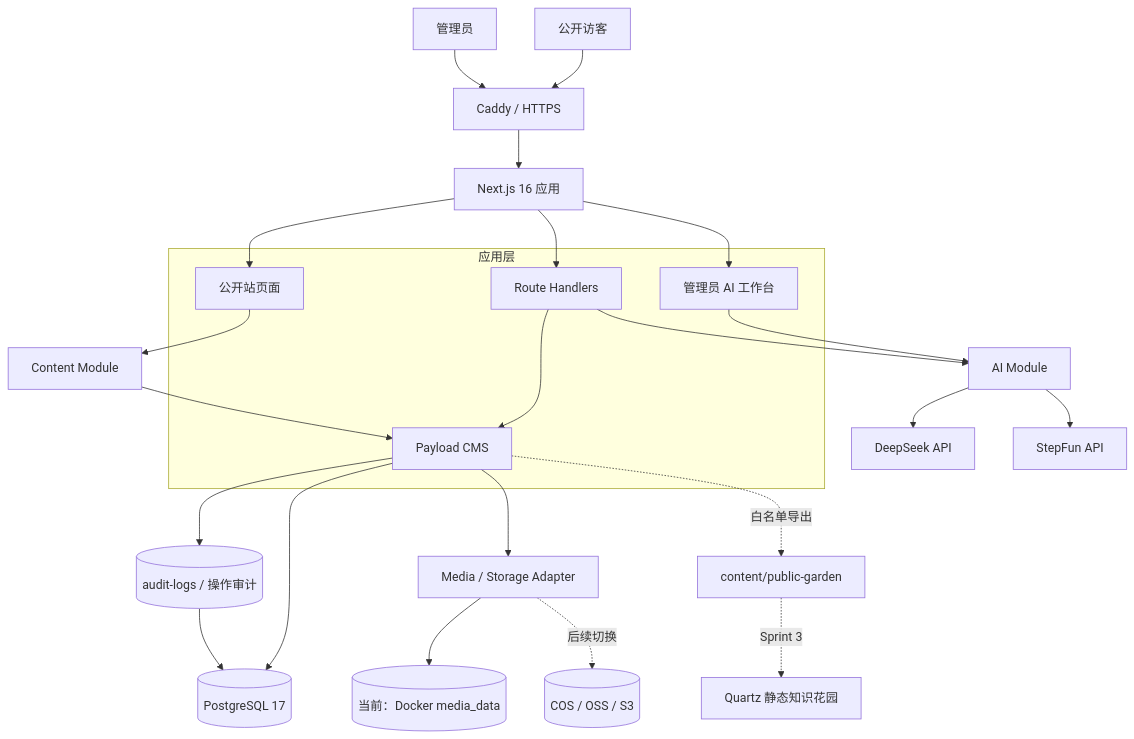
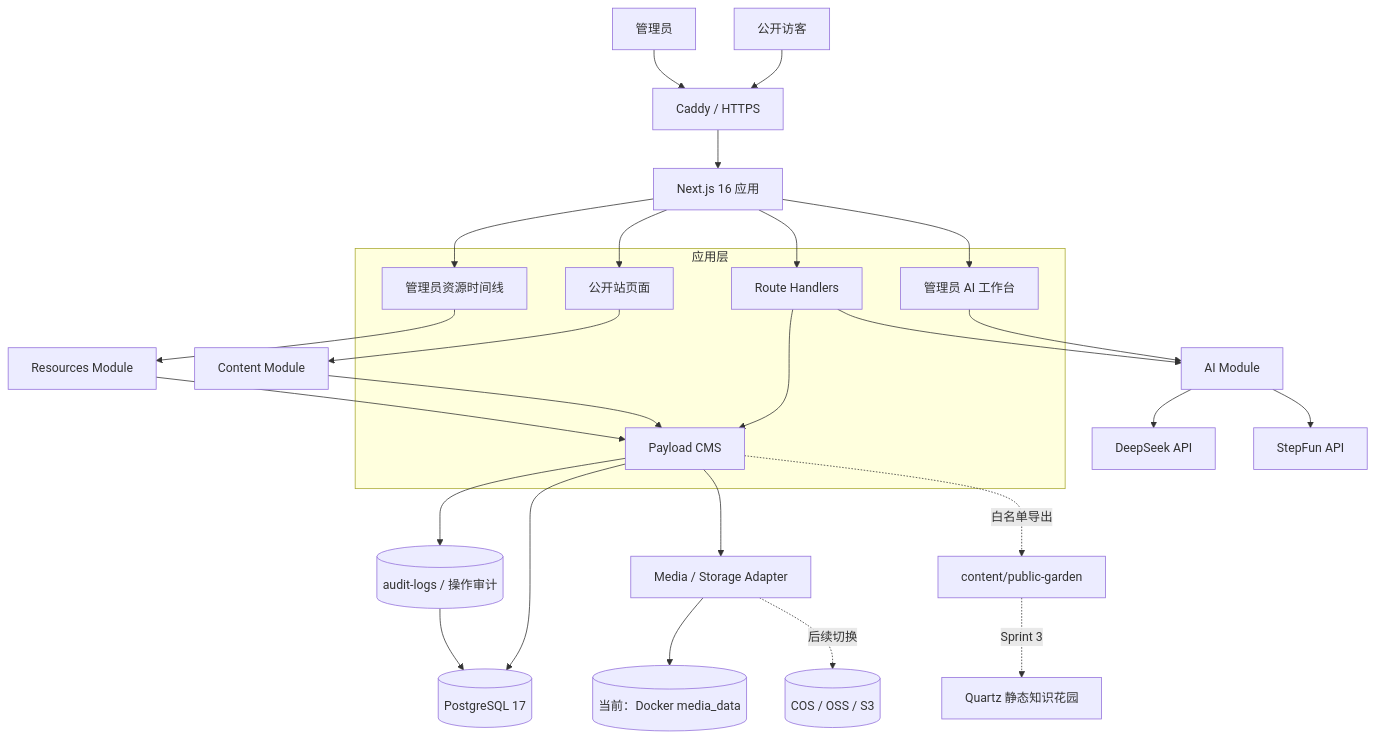
One commit to bseazh/Snorlaxden changed the diagram in README.md. Above: the diagram before and after it, drawn with Mermaid. The commit also changed other lines of this file and 22 other files, not shown here.

Commit message:
feat: add private resource library

````diff
--- a/README.md
+++ b/README.md
@@ -24,35 +24,39 @@
 ```mermaid
 flowchart TB
   Visitor[公开访客] --> Caddy[Caddy / HTTPS]
   Admin[管理员] --> Caddy
   Caddy --> Next[Next.js 16 应用]
 
   subgraph Web[应用层]
     Public[公开站页面]
     Studio[管理员 AI 工作台]
+    Library[管理员资源时间线]
     Routes[Route Handlers]
     Payload[Payload CMS]
   end
 
   Next --> Public
   Next --> Studio
+  Next --> Library
   Next --> Routes
   Routes --> Payload
   Public --> ContentModule[Content Module]
   ContentModule --> Payload
+  Library --> ResourceModule[Resources Module]
+  ResourceModule --> Payload
 
   Payload --> PostgreSQL[(PostgreSQL 17)]
   Payload --> Audit[(audit-logs / 操作审计)]
   Audit --> PostgreSQL
   Payload --> Media[Media / Storage Adapter]
   Media --> Local[(当前：Docker media_data)]
   Media -. 后续切换 .-> ObjectStorage[(COS / OSS / S3)]
 
   Studio --> AIModule[AI Module]
   Routes --> AIModule
   AIModule --> DeepSeek[DeepSeek API]
   AIModule --> StepFun[StepFun API]
 
   Payload -. 白名单导出 .-> Export[content/public-garden]
   Export -. Sprint 3 .-> Quartz[Quartz 静态知识花园]
 ```
````
